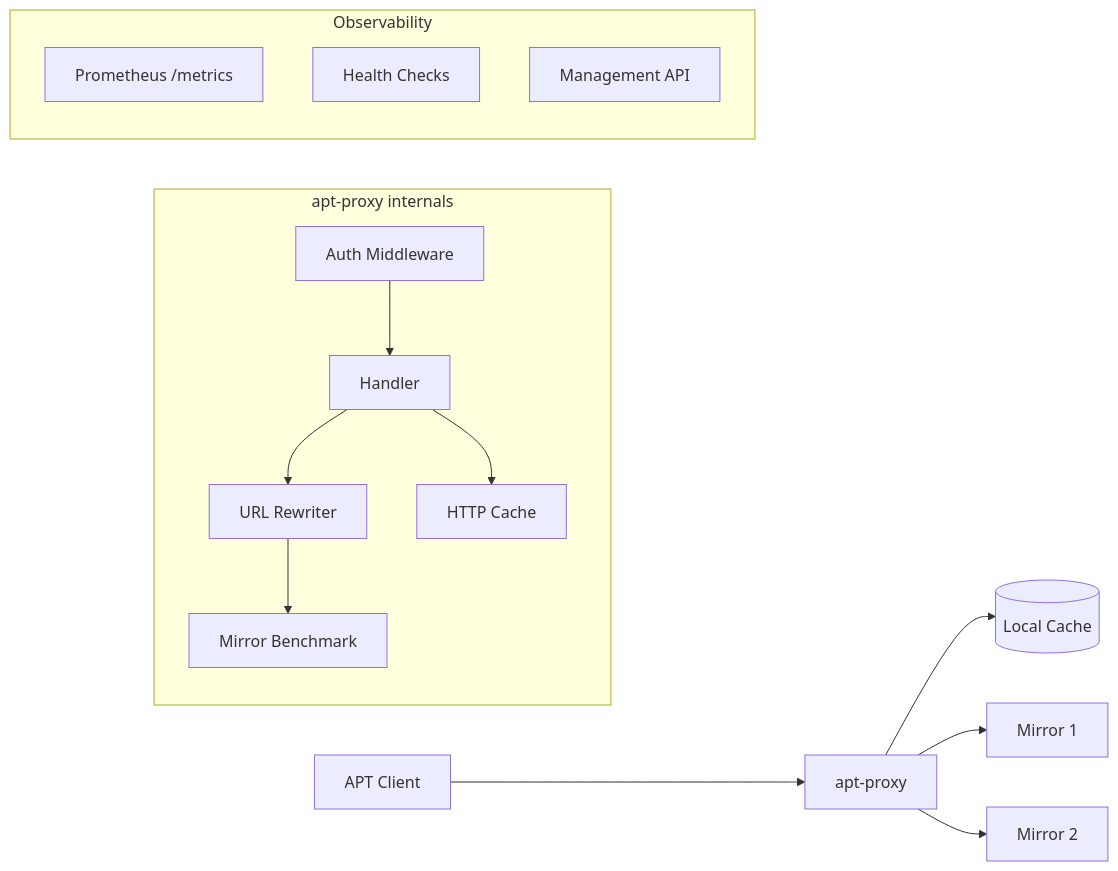
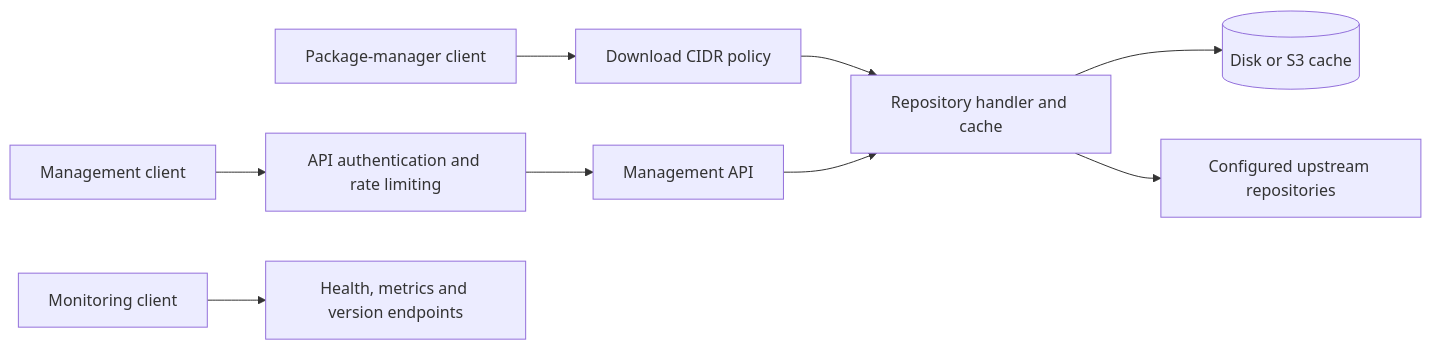
Before and after one commit to soulteary/apt-proxy: the diagram in README.md, drawn with Mermaid. The commit also changed other lines of this file and 18 other files, not shown here.

````diff
--- a/README.md
+++ b/README.md
@@ -1343,20 +1335,11 @@
 ```mermaid
 flowchart LR
-    Client[APT Client] --> Proxy[apt-proxy]
-    Proxy --> Cache[(Local Cache)]
-    Proxy --> Mirror1[Mirror 1]
-    Proxy --> Mirror2[Mirror 2]
-    
-    subgraph aptproxy [apt-proxy internals]
-        Handler[Handler] --> Rewriter[URL Rewriter]
-        Rewriter --> Benchmark[Mirror Benchmark]
-        Handler --> HTTPCache[HTTP Cache]
-        Auth[Auth Middleware] --> Handler
-    end
-    
-    subgraph monitoring [Observability]
-        Metrics[Prometheus /metrics]
-        Health[Health Checks]
-        API[Management API]
-    end
+    Client[Package-manager client] --> DownloadAccess[Download CIDR policy]
+    DownloadAccess --> Proxy[Repository handler and cache]
+    Proxy --> Storage[(Disk or S3 cache)]
+    Proxy --> Upstream[Configured upstream repositories]
+    Operator[Management client] --> APIAuth[API authentication and rate limiting]
+    APIAuth --> API[Management API]
+    API --> Proxy
+    Monitor[Monitoring client] --> Metrics[Health, metrics and version endpoints]
 ```
````
